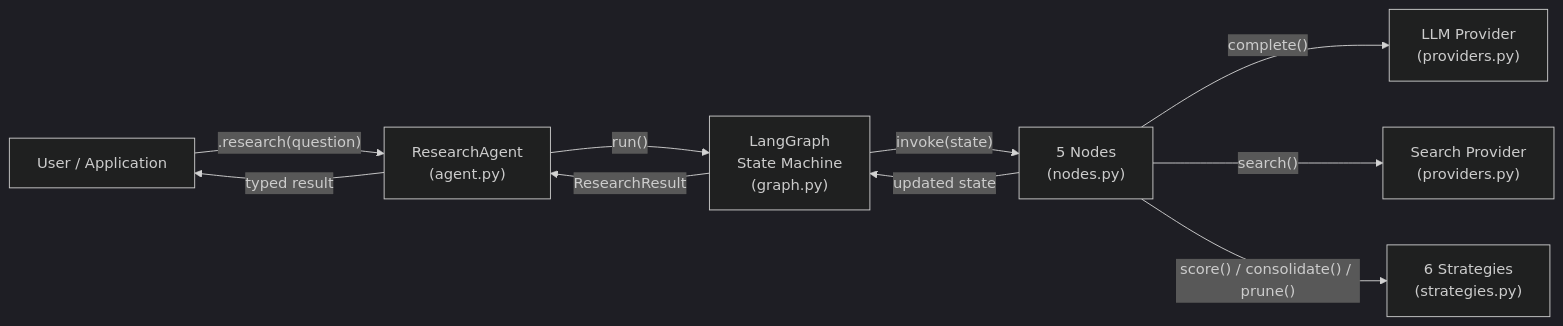
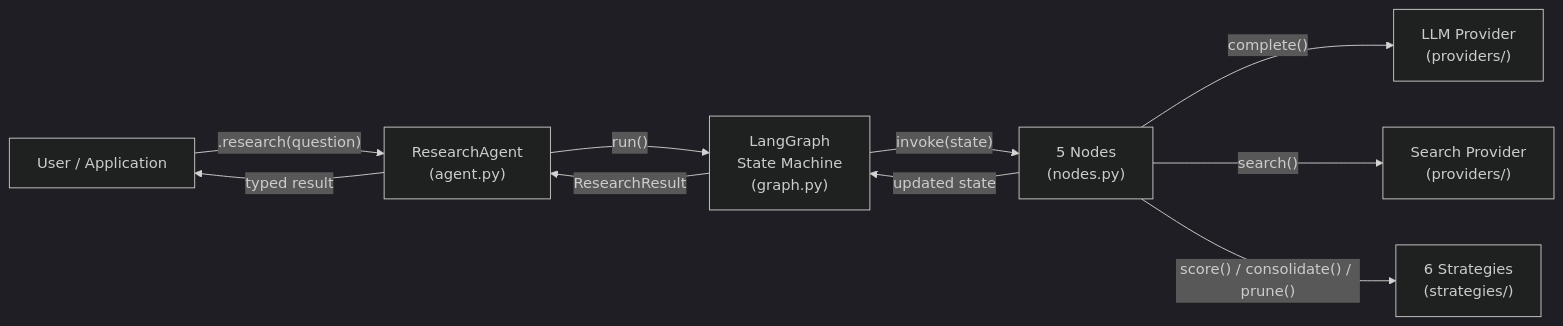
One commit to BZandi/inqtrix changed the first of 14 diagrams in Agent-Architecture.md. Above: the diagram before and after it, drawn with Mermaid (dark theme). The commit also changed other lines of this file and 20 other files, not shown here.

````diff
--- a/Agent-Architecture.md
+++ b/Agent-Architecture.md
@@ -42,20 +42,20 @@
 ```mermaid
 flowchart LR
     User["User / Application"]
     Agent["ResearchAgent<br/>(agent.py)"]
     Graph["LangGraph<br/>State Machine<br/>(graph.py)"]
     Nodes["5 Nodes<br/>(nodes.py)"]
-    LLM["LLM Provider<br/>(providers.py)"]
-    Search["Search Provider<br/>(providers.py)"]
-    Strat["6 Strategies<br/>(strategies.py)"]
+    LLM["LLM Provider<br/>(providers/)"]
+    Search["Search Provider<br/>(providers/)"]
+    Strat["6 Strategies<br/>(strategies/)"]
 
     User -->|".research(question)"| Agent
     Agent -->|"run()"| Graph
     Graph -->|"invoke(state)"| Nodes
     Nodes -->|"complete()"| LLM
     Nodes -->|"search()"| Search
     Nodes -->|"score() / consolidate() / prune()"| Strat
     Nodes -->|"updated state"| Graph
     Graph -->|"ResearchResult"| Agent
     Agent -->|"typed result"| User
 ```
````
